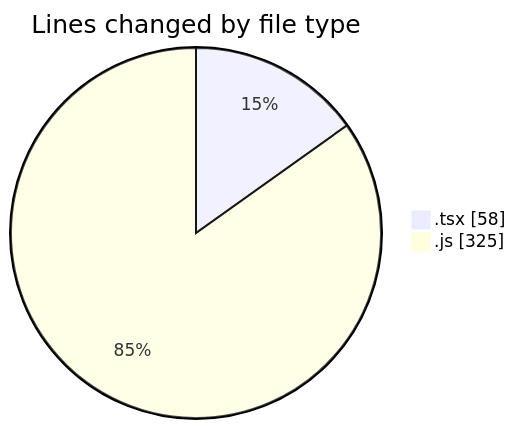
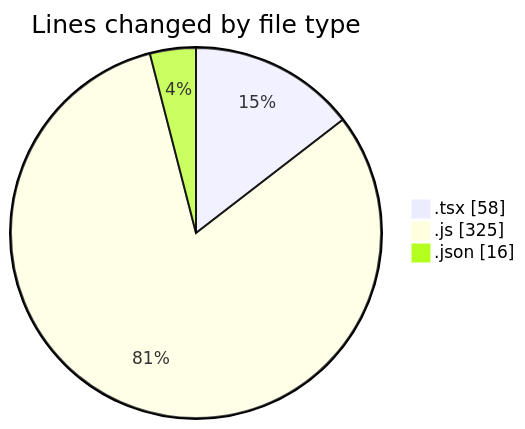
The first of 2 diagrams in 2025-03-07/cda/README.md (momahboobian/code-tracking), drawn with Mermaid before and after one commit. The commit also changed other lines of this file and 1 other file, not shown here.

````diff
--- a/2025-03-07/cda/README.md
+++ b/2025-03-07/cda/README.md
@@ -22,6 +23,7 @@
 ```mermaid
 pie showData
 title Lines changed by file type
 ".tsx" : 58
 ".js" : 325
+".json" : 16
 ```
````
